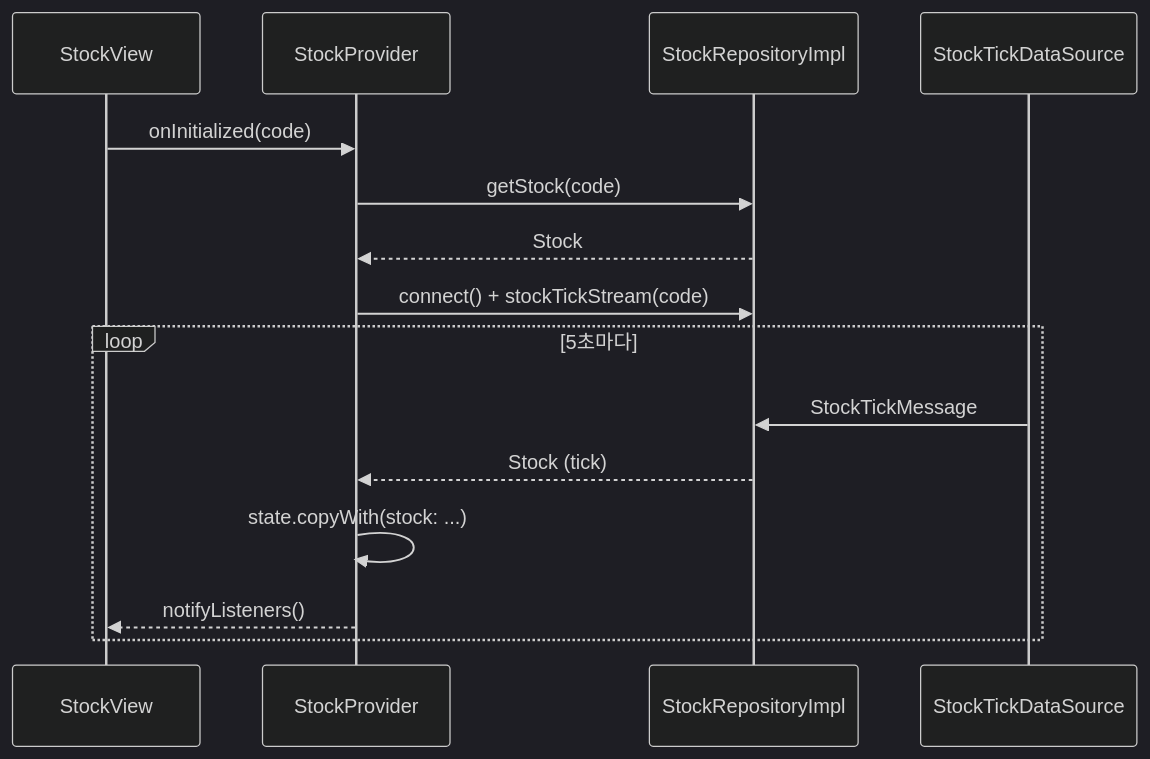
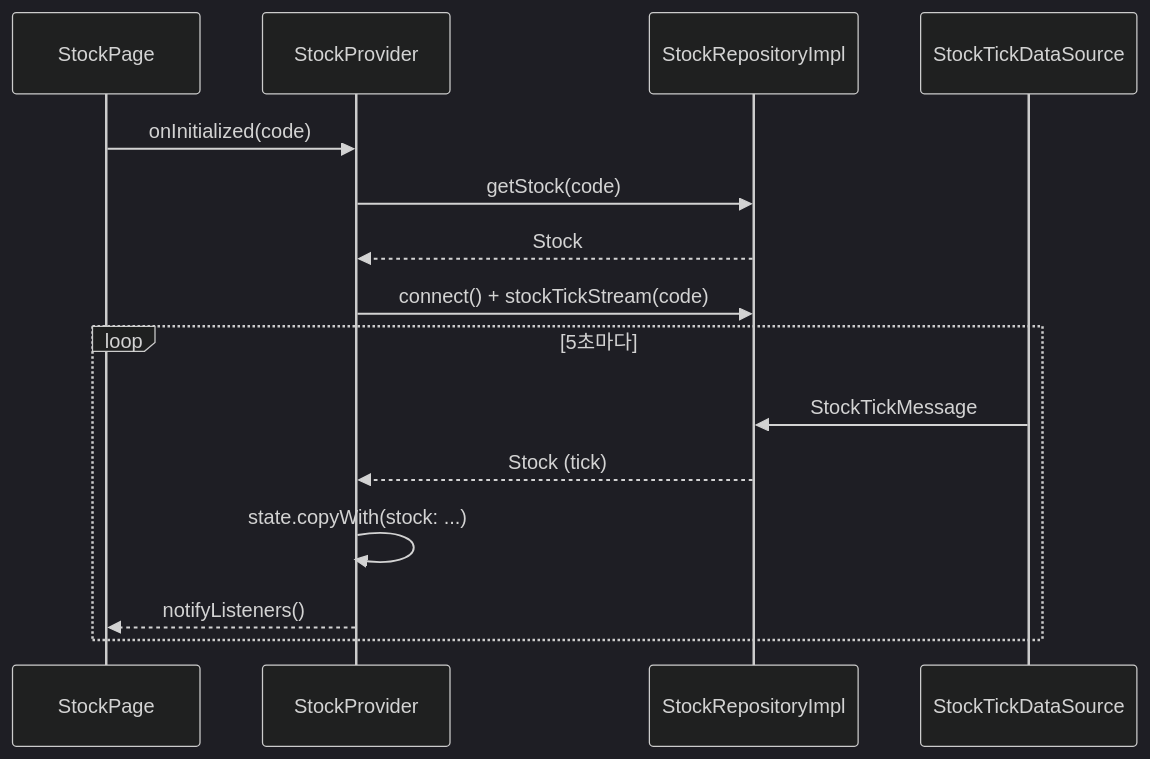
Before and after one commit to RealYoungk/flutter-coding-test: the second of 2 diagrams in README.md, drawn with Mermaid (dark theme). The commit also changed other lines of this file, not shown here.

Commit message:
docs: README 업데이트 (디렉토리 트리, 테스트 123개, StockState/Provider 변경 반영)

````diff
--- a/README.md
+++ b/README.md
@@ -176,19 +192,19 @@
 ```mermaid
 sequenceDiagram
-    participant V as StockView
+    participant V as StockPage
     participant P as StockProvider
     participant R as StockRepositoryImpl
     participant DS as StockTickDataSource
 
     V->>P: onInitialized(code)
     P->>R: getStock(code)
     R-->>P: Stock
     P->>R: connect() + stockTickStream(code)
 
     loop 5초마다
         DS->>R: StockTickMessage
         R-->>P: Stock (tick)
         P->>P: state.copyWith(stock: ...)
         P-->>V: notifyListeners()
     end
 ```
````
